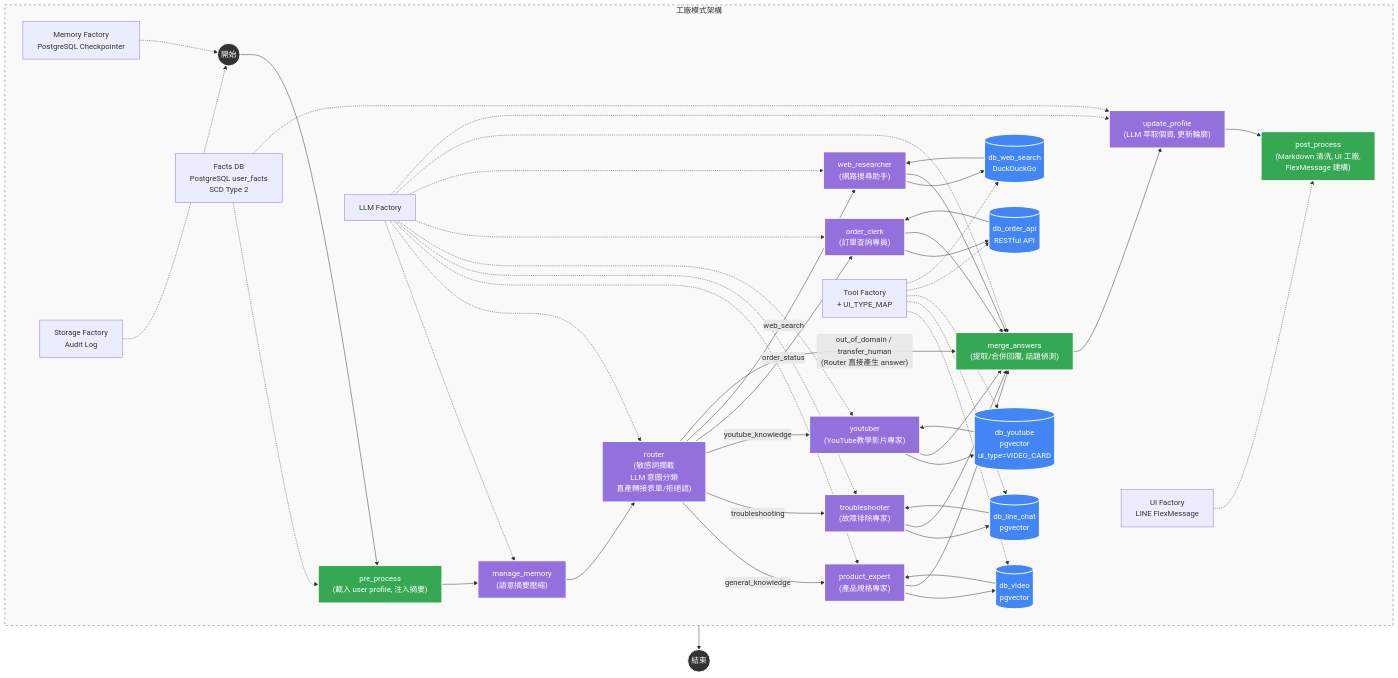
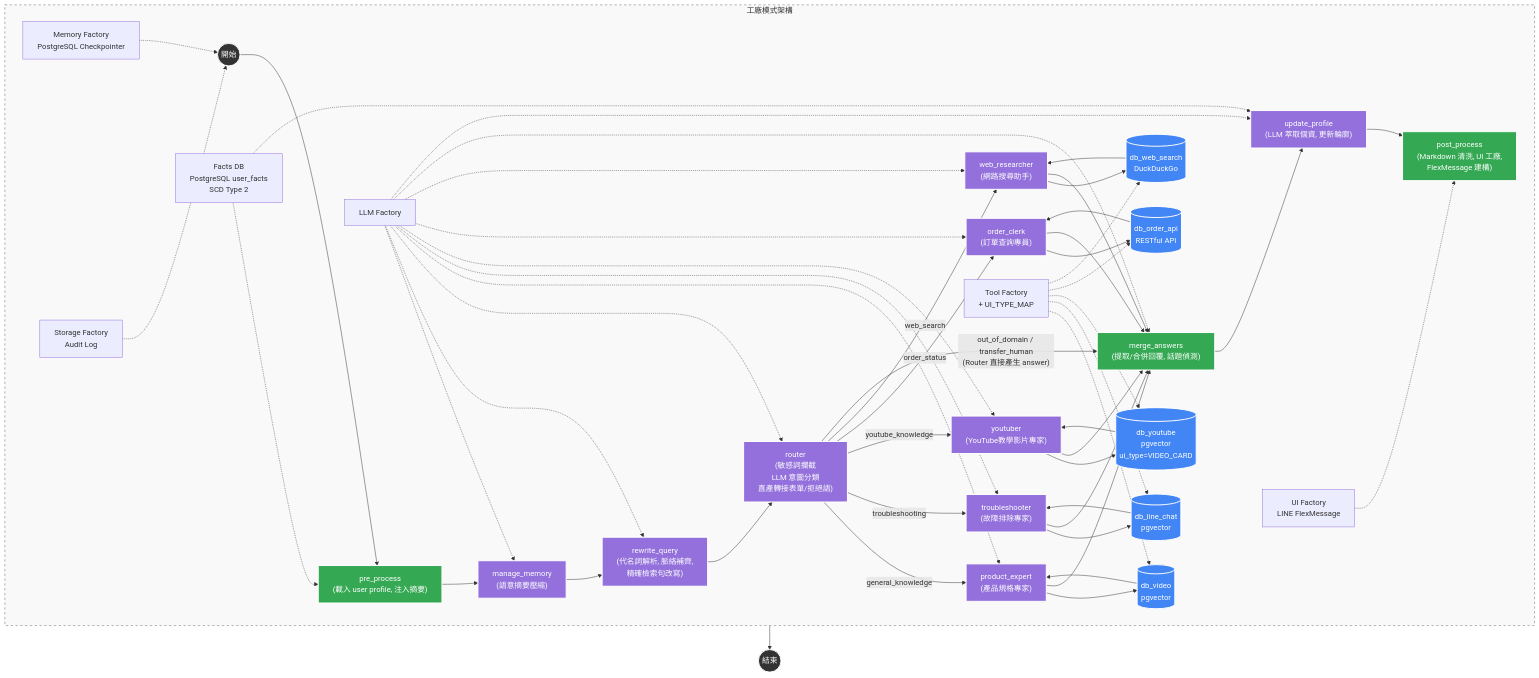
Before and after one commit to Imding1211/lock_AI_Agent: the first of 5 diagrams in docs/manuals/系統架構與流程圖.md, drawn with Mermaid. The commit also changed other lines of this file and 14 other files, not shown here.

First line of the commit message:
fix: rewrite_query 新增「尊重原始意圖」規則，防止 Profile 覆蓋使用者明確指定的品牌；重新設計 main.py 測試案例對齊測試手冊

````diff
--- a/docs/manuals/系統架構與流程圖.md
+++ b/docs/manuals/系統架構與流程圖.md
@@ -3,59 +3,60 @@
 ```mermaid
 graph TD
     %% 節點樣式定義
     classDef startEnd fill:#333,stroke:#fff,stroke-width:2px,color:#fff;
     classDef llmNode fill:#9370DB,stroke:#fff,stroke-width:2px,color:#fff;
     classDef decision fill:#ff9900,stroke:#333,stroke-width:2px;
     classDef dbNode fill:#4285f4,stroke:#fff,stroke-width:2px,color:#fff;
     classDef actionNode fill:#34a853,stroke:#fff,stroke-width:2px,color:#fff;
     classDef note fill:#f9f9f9,stroke:#666,stroke-dasharray: 5 5;
 
     %% 核心流程
     START((開始)):::startEnd --> pre_process["pre_process<br/>(載入 user profile, 注入摘要)"]:::actionNode
     pre_process --> manage_memory["manage_memory<br/>(語意摘要壓縮)"]:::llmNode
-    manage_memory --> router["router<br/>(敏感詞攔截<br/>LLM 意圖分類<br/>直產轉接表單/拒絕語)"]:::llmNode
+    manage_memory --> rewrite_query["rewrite_query<br/>(代名詞解析, 脈絡補齊,<br/>精確檢索句改寫)"]:::llmNode
+    rewrite_query --> router["router<br/>(敏感詞攔截<br/>LLM 意圖分類<br/>直產轉接表單/拒絕語)"]:::llmNode
 
     %% 意圖分流（Send() fan-out，多意圖可平行派發）
     router -- "general_knowledge" --> PE["product_expert<br/>(產品規格專家)"]:::llmNode
     router -- "troubleshooting" --> TS["troubleshooter<br/>(故障排除專家)"]:::llmNode
     router -- "youtube_knowledge" --> YT["youtuber<br/>(YouTube教學影片專家)"]:::llmNode
     router -- "order_status" --> OC["order_clerk<br/>(訂單查詢專員)"]:::llmNode
     router -- "web_search" --> WR["web_researcher<br/>(網路搜尋助手)"]:::llmNode
     router -- "out_of_domain / transfer_human<br/>(Router 直接產生 answer)" --> merge_answers
 
     %% Agent 子圖（agent_llm ↔ tool_node 迴圈）
     PE --> PE_TOOL[("db_video<br/>pgvector")]:::dbNode
     TS --> TS_TOOL[("db_line_chat<br/>pgvector")]:::dbNode
     YT --> YT_TOOL[("db_youtube<br/>pgvector<br/>ui_type=VIDEO_CARD")]:::dbNode
     OC --> OC_TOOL[("db_order_api<br/>RESTful API")]:::dbNode
     WR --> WR_TOOL[("db_web_search<br/>DuckDuckGo")]:::dbNode
 
     PE_TOOL --> PE
     TS_TOOL --> TS
     YT_TOOL --> YT
     OC_TOOL --> OC
     WR_TOOL --> WR
 
     %% 匯流
     PE --> merge_answers["merge_answers<br/>(提取/合併回覆, 話題偵測)"]:::actionNode
     TS --> merge_answers
     YT --> merge_answers
     OC --> merge_answers
     WR --> merge_answers
     merge_answers --> update_profile["update_profile<br/>(LLM 萃取個資, 更新輪廓)"]:::llmNode
     update_profile --> post_process["post_process<br/>(Markdown 清洗, UI 工廠,<br/>FlexMessage 建構)"]:::actionNode
     post_process --> END((結束)):::startEnd
 
     %% 底層支援
     subgraph Support_Layer [工廠模式架構]
         direction LR
-        f1[LLM Factory] -.-> manage_memory & router & PE & TS & YT & OC & WR & merge_answers & update_profile
+        f1[LLM Factory] -.-> manage_memory & rewrite_query & router & PE & TS & YT & OC & WR & merge_answers & update_profile
         f2[Memory Factory<br/>PostgreSQL Checkpointer] -.-> START
         f3[Tool Factory<br/>+ UI_TYPE_MAP] -.-> PE_TOOL & TS_TOOL & YT_TOOL & OC_TOOL & WR_TOOL
         f4[Storage Factory<br/>Audit Log] -.-> START
         f5[Facts DB<br/>PostgreSQL user_facts<br/>SCD Type 2] -.-> pre_process & update_profile
         f6[UI Factory<br/>LINE FlexMessage] -.-> post_process
     end
     class Support_Layer note
 
 ```
````
